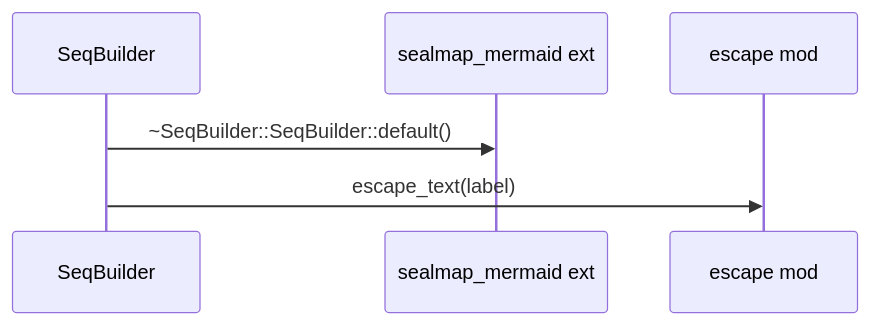
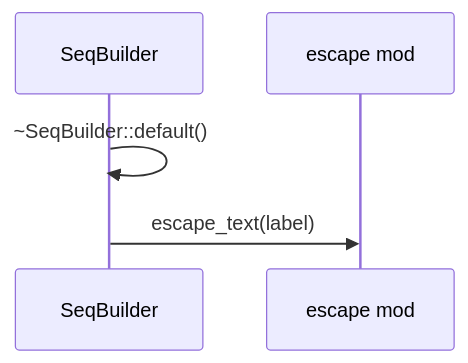
The fourth of 13 diagrams in docs/sealmap/crates/sealmap-mermaid/src/sequence.rs.md (DreamLab-AI/codemaid), drawn with Mermaid before and after one commit. The commit also changed other lines of this file and 29 other files, not shown here.

````diff
--- a/docs/sealmap/crates/sealmap-mermaid/src/sequence.rs.md
+++ b/docs/sealmap/crates/sealmap-mermaid/src/sequence.rs.md
@@ -113,8 +113,7 @@
 ```mermaid
 sequenceDiagram
   participant sealmap_mermaid__sequence___tSeqBuilder as SeqBuilder
-  participant _sealmap_mermaid as sealmap_mermaid ext
   participant sealmap_mermaid__escape as escape mod
-  sealmap_mermaid__sequence___tSeqBuilder->>_sealmap_mermaid: ~SeqBuilder::SeqBuilder::default()
+  sealmap_mermaid__sequence___tSeqBuilder->>sealmap_mermaid__sequence___tSeqBuilder: ~SeqBuilder::default()
   sealmap_mermaid__sequence___tSeqBuilder->>sealmap_mermaid__escape: escape_text(label)
 ```
````
